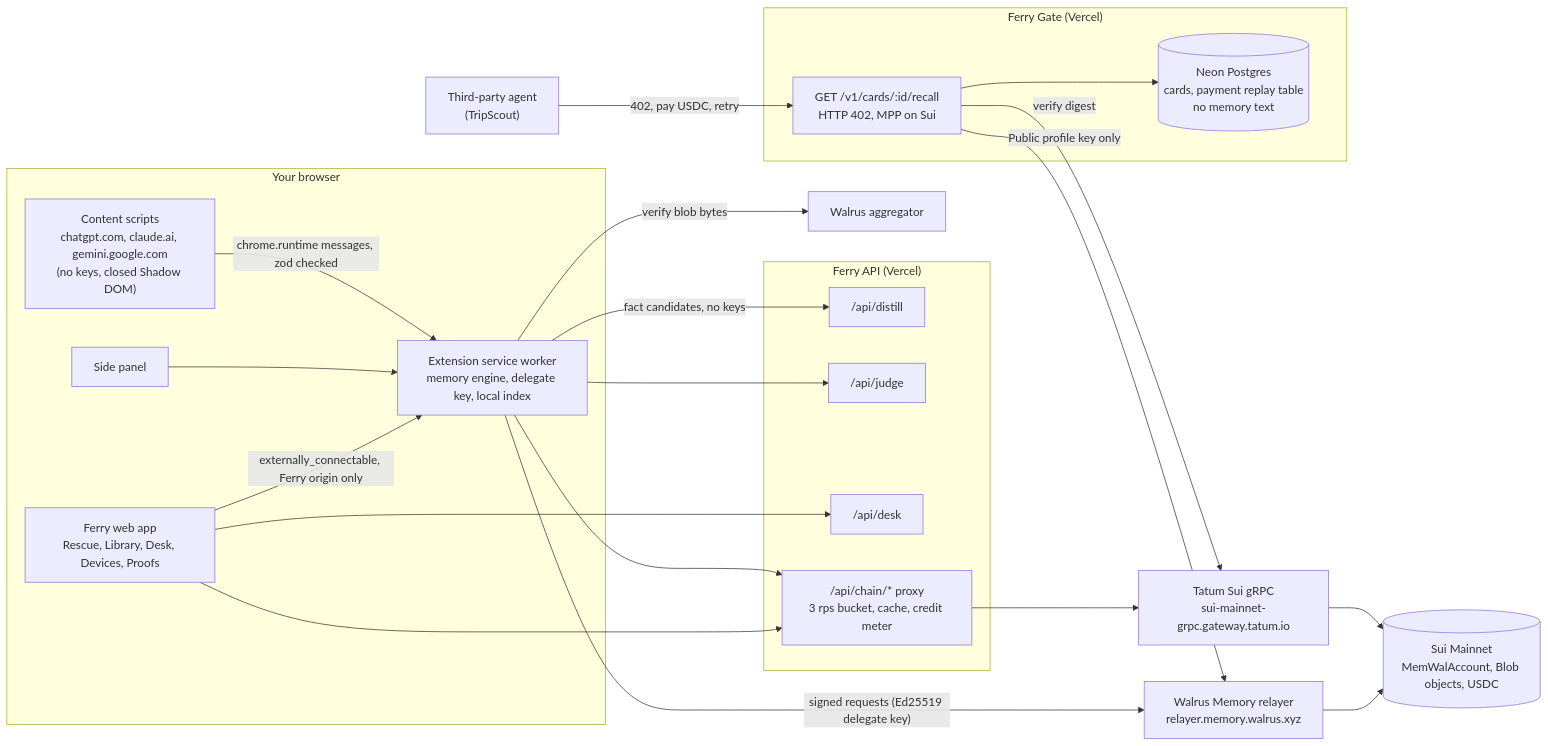
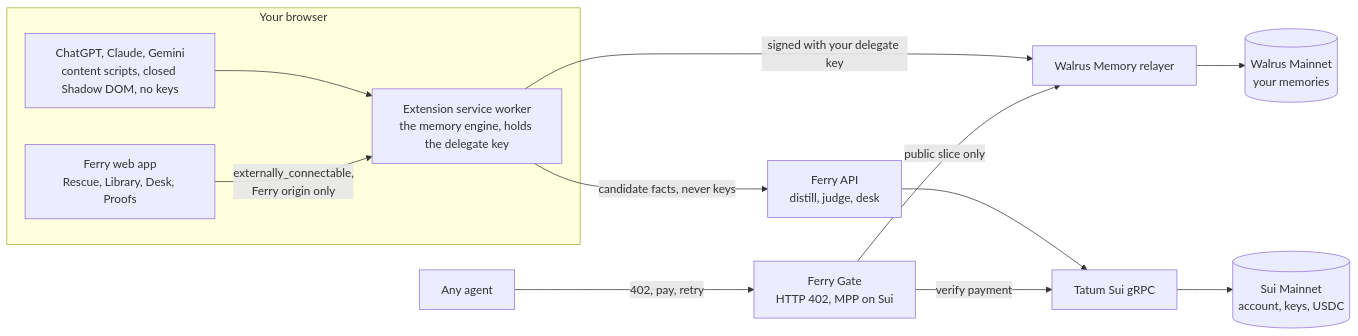
The diagram in README.md (Adwaitbytes/ferry), drawn with Mermaid before and after one commit. The commit also changed other lines of this file and 2 other files, not shown here.

Commit message:
docs: rewrite README with hero, proof, agent quickstart and honest numbers

````diff
--- a/README.md
+++ b/README.md
@@ -47,45 +87,24 @@
 ```mermaid
 flowchart LR
-  subgraph Browser["Your browser"]
-    CS["Content scripts<br/>chatgpt.com, claude.ai, gemini.google.com<br/>(no keys, closed Shadow DOM)"]
-    SP["Side panel"]
-    SW["Extension service worker<br/>memory engine, delegate key, local index"]
-    WEB["Ferry web app<br/>Rescue, Library, Desk, Devices, Proofs"]
+  subgraph You["Your browser"]
+    AI["ChatGPT, Claude, Gemini<br/>content scripts, closed Shadow DOM, no keys"]
+    SW["Extension service worker<br/>the memory engine, holds the delegate key"]
+    WEB["Ferry web app<br/>Rescue, Library, Desk, Proofs"]
   end
+  RELAY["Walrus Memory relayer"]
+  WALRUS[("Walrus Mainnet<br/>your memories")]
+  API["Ferry API<br/>distill, judge, desk"]
+  TATUM["Tatum Sui gRPC"]
+  SUI[("Sui Mainnet<br/>account, keys, USDC")]
+  GATE["Ferry Gate<br/>HTTP 402, MPP on Sui"]
+  AGENT["Any agent"]
 
-  subgraph Ferry["Ferry API (Vercel)"]
-    DIST["/api/distill"]
-    JUDGE["/api/judge"]
-    DESK["/api/desk"]
-    CHAIN["/api/chain/* proxy<br/>3 rps bucket, cache, credit meter"]
-  end
-
-  subgraph Gate["Ferry Gate (Vercel)"]
-    G["GET /v1/cards/:id/recall<br/>HTTP 402, MPP on Sui"]
-    NEON[("Neon Postgres<br/>cards, payment replay table<br/>no memory text")]
-  end
-
-  RELAY["Walrus Memory relayer<br/>relayer.memory.walrus.xyz"]
-  AGG["Walrus aggregator"]
-  TATUM["Tatum Sui gRPC<br/>sui-mainnet-grpc.gateway.tatum.io"]
-  SUI[("Sui Mainnet<br/>MemWalAccount, Blob objects, USDC")]
-  AGENT["Third-party agent<br/>(TripScout)"]
-
-  CS -- "chrome.runtime messages, zod checked" --> SW
-  SP --> SW
-  WEB -- "externally_connectable, Ferry origin only" --> SW
-  SW -- "signed requests (Ed25519 delegate key)" --> RELAY
-  SW -- "verify blob bytes" --> AGG
-  SW -- "fact candidates, no keys" --> DIST
-  SW --> JUDGE
-  WEB --> DESK
-  SW --> CHAIN
-  WEB --> CHAIN
-  CHAIN --> TATUM
-  TATUM --> SUI
-  RELAY --> SUI
-  AGENT -- "402, pay USDC, retry" --> G
-  G -- "verify digest" --> TATUM
-  G --> NEON
-  G -- "Public profile key only" --> RELAY
+  AI --> SW
+  WEB -- "externally_connectable,<br/>Ferry origin only" --> SW
+  SW -- "signed with your delegate key" --> RELAY --> WALRUS
+  SW -- "candidate facts, never keys" --> API
+  API --> TATUM --> SUI
+  AGENT -- "402, pay, retry" --> GATE
+  GATE -- "verify payment" --> TATUM
+  GATE -- "public slice only" --> RELAY
 ```
````
